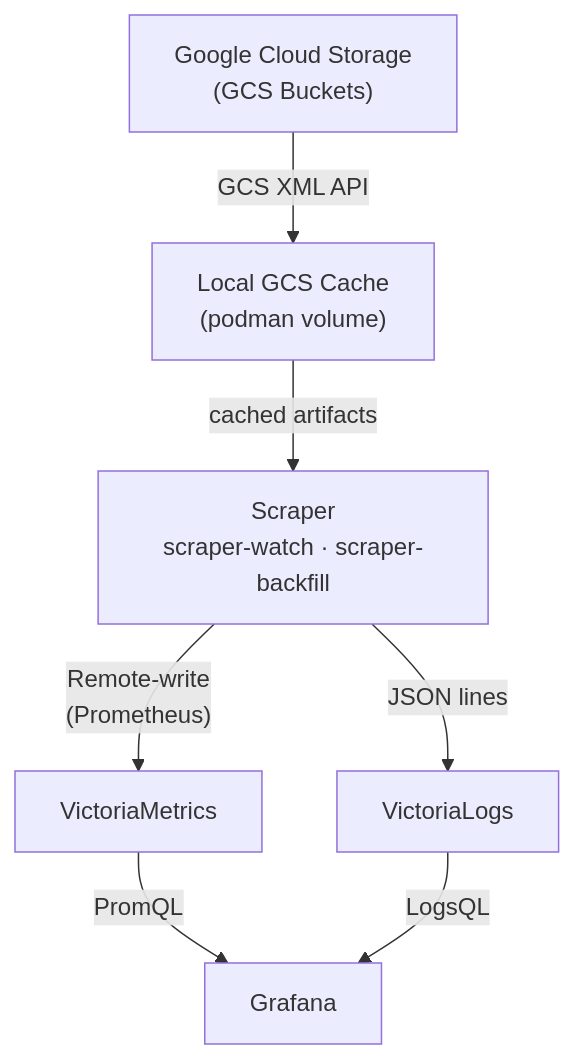
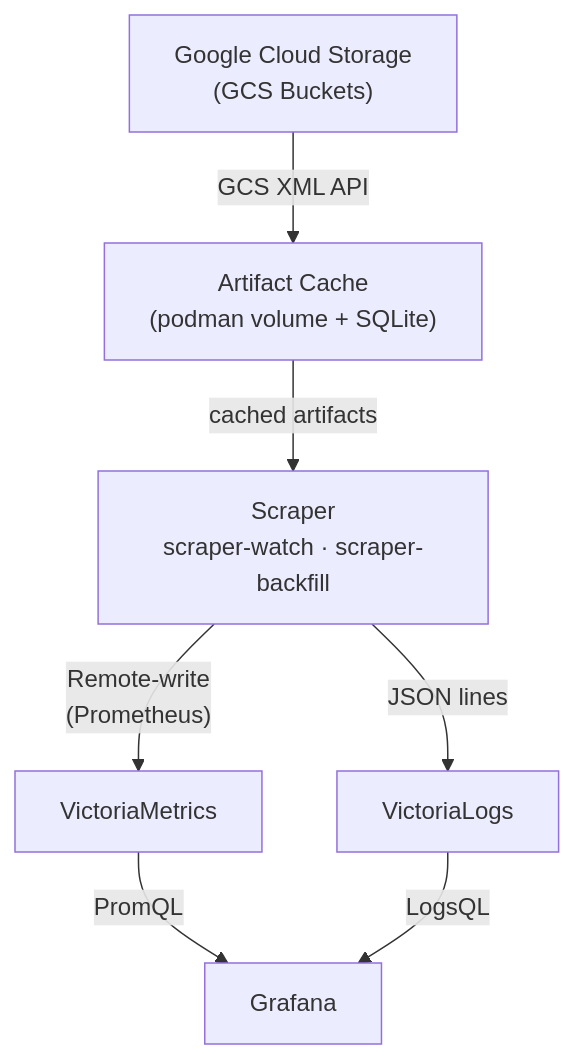
Before and after one commit to macgregor/openshift-ci-observability: the diagram in ARCHITECTURE.md, drawn with Mermaid. The commit also changed other lines of this file and 18 other files, not shown here.

First line of the commit message:
Replace cache and sentinel system with SQLite-backed ArtifactCache and ScrapeState

````diff
--- a/ARCHITECTURE.md
+++ b/ARCHITECTURE.md
@@ -9,16 +9,16 @@
 ```mermaid
 graph TD
     GCS["Google Cloud Storage\n(GCS Buckets)"]
-    Cache["Local GCS Cache\n(podman volume)"]
+    Cache["Artifact Cache\n(podman volume + SQLite)"]
     Scraper["Scraper\nscraper-watch · scraper-backfill"]
     VM["VictoriaMetrics"]
     VL["VictoriaLogs"]
     Grafana["Grafana"]
 
     GCS -- "GCS XML API" --> Cache
     Cache -- "cached artifacts" --> Scraper
     Scraper -- "Remote-write\n(Prometheus)" --> VM
     Scraper -- "JSON lines" --> VL
     VM -- "PromQL" --> Grafana
     VL -- "LogsQL" --> Grafana
 ```
````
